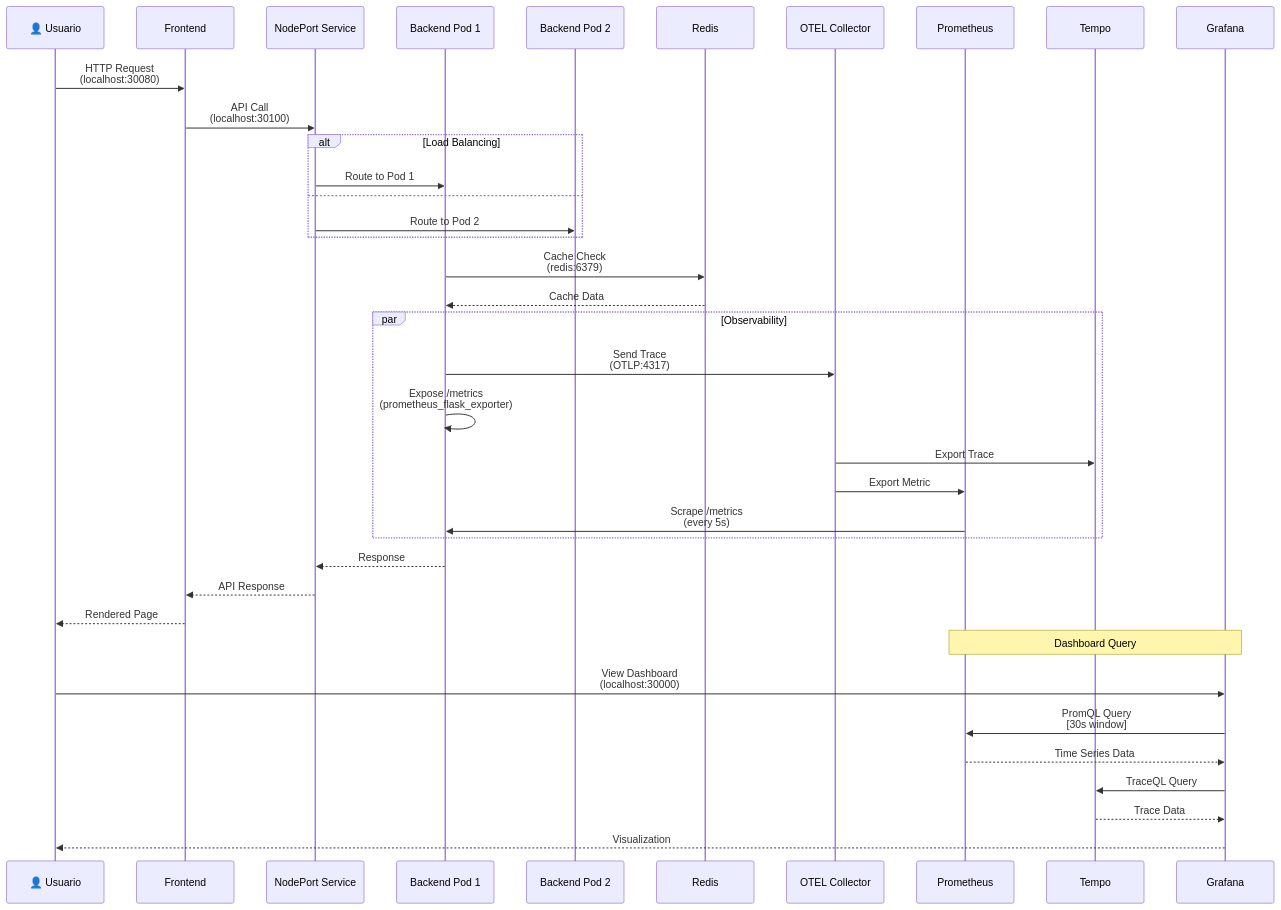
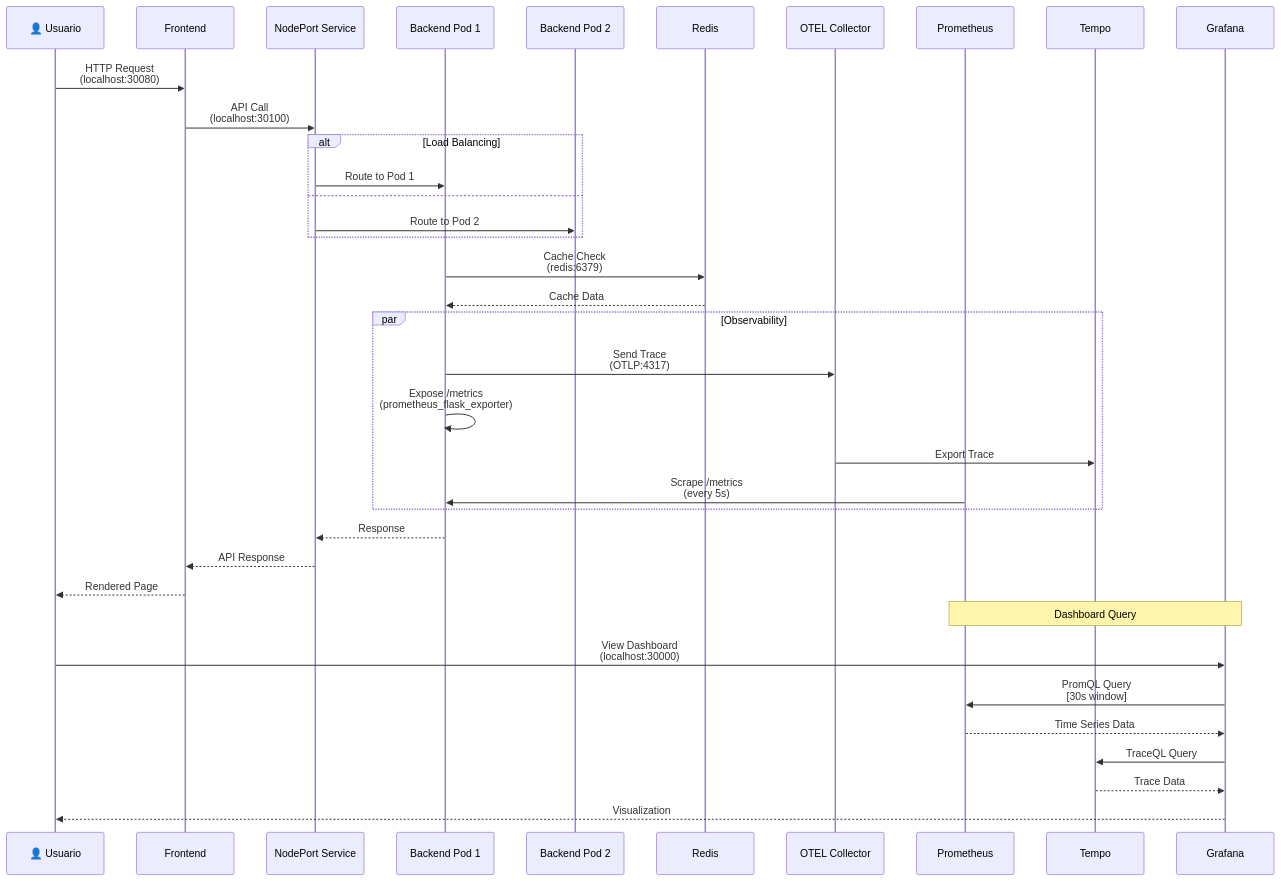
The third of 6 diagrams in ARQUITECTURA.md (Andre-Leandro/Description-Evaluator), drawn with Mermaid before and after one commit. The commit also changed other lines of this file, not shown here.

````diff
--- a/ARQUITECTURA.md
+++ b/ARQUITECTURA.md
@@ -114,45 +113,44 @@
 ```mermaid
 sequenceDiagram
     participant U as 👤 Usuario
     participant F as Frontend
     participant LB as NodePort Service
     participant B1 as Backend Pod 1
     participant B2 as Backend Pod 2
     participant R as Redis
     participant O as OTEL Collector
     participant P as Prometheus
     participant T as Tempo
     participant G as Grafana
 
     U->>F: HTTP Request<br/>(localhost:30080)
     F->>LB: API Call<br/>(localhost:30100)
 
     alt Load Balancing
         LB->>B1: Route to Pod 1
     else
         LB->>B2: Route to Pod 2
     end
 
     B1->>R: Cache Check<br/>(redis:6379)
     R-->>B1: Cache Data
 
     par Observability
         B1->>O: Send Trace<br/>(OTLP:4317)
         B1->>B1: Expose /metrics<br/>(prometheus_flask_exporter)
         O->>T: Export Trace
-        O->>P: Export Metric
         P->>B1: Scrape /metrics<br/>(every 5s)
     end
 
     B1-->>LB: Response
     LB-->>F: API Response
     F-->>U: Rendered Page
 
     Note over G,P: Dashboard Query
     U->>G: View Dashboard<br/>(localhost:30000)
     G->>P: PromQL Query<br/>[30s window]
     P-->>G: Time Series Data
     G->>T: TraceQL Query
     T-->>G: Trace Data
     G-->>U: Visualization
 ```
````
